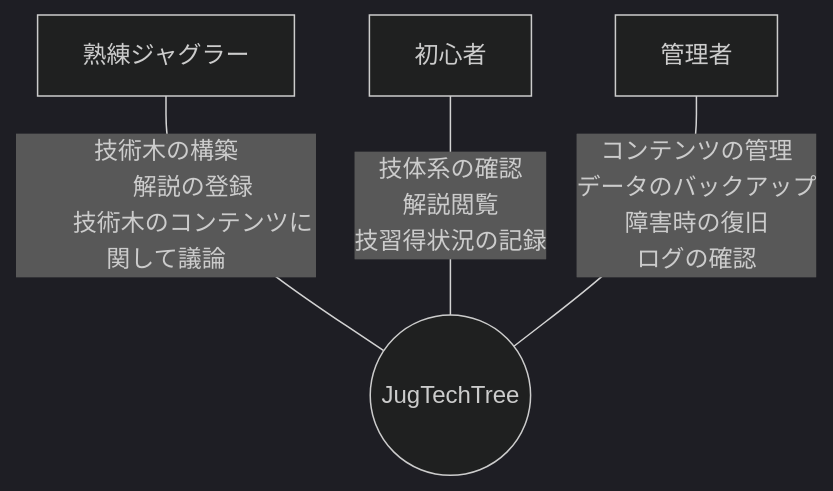
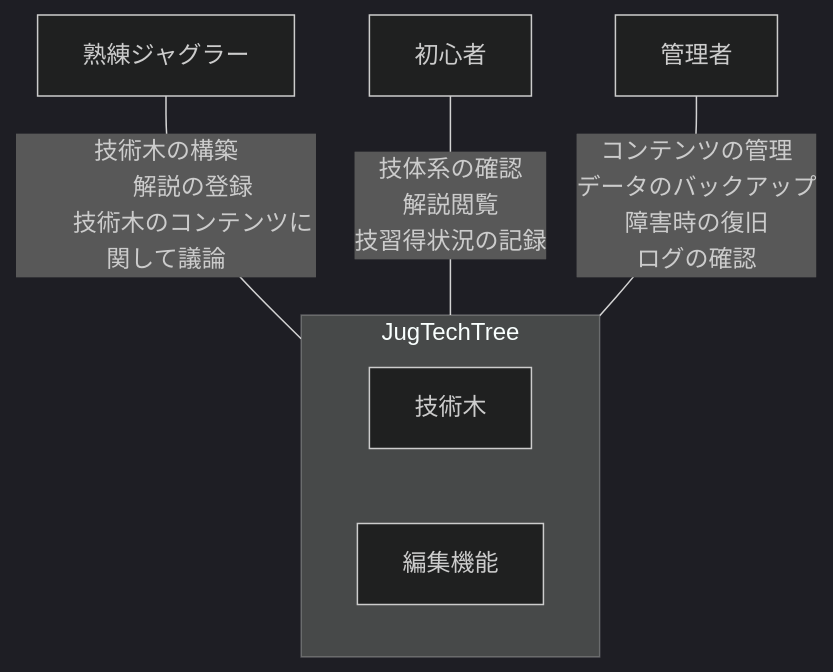
Before and after one commit to pghk57/JugTechTree: the diagram in docs/overall_view.md, drawn with Mermaid (dark theme).

Commit message:
update: サブブロックによるJTTブロックの詳細化

````diff
--- a/docs/overall_view.md
+++ b/docs/overall_view.md
@@ -3,13 +3,18 @@
 ```mermaid
 graph TD;
+    subgraph JugTechTree
+        技術木
+        編集機能
+    end
+
     M[熟練ジャグラー] -- 技術木の構築
         解説の登録
-        技術木のコンテンツに関して議論 --- J((JugTechTree));
+        技術木のコンテンツに関して議論 --- JugTechTree;
     B[初心者] -- 技体系の確認
         解説閲覧 
-        技習得状況の記録 --- J((JugTechTree));
+        技習得状況の記録 --- JugTechTree;
     A[管理者] -- コンテンツの管理
         データのバックアップ
         障害時の復旧
-        ログの確認 --- J((JugTechTree));
+        ログの確認 --- JugTechTree;
 ```
````
